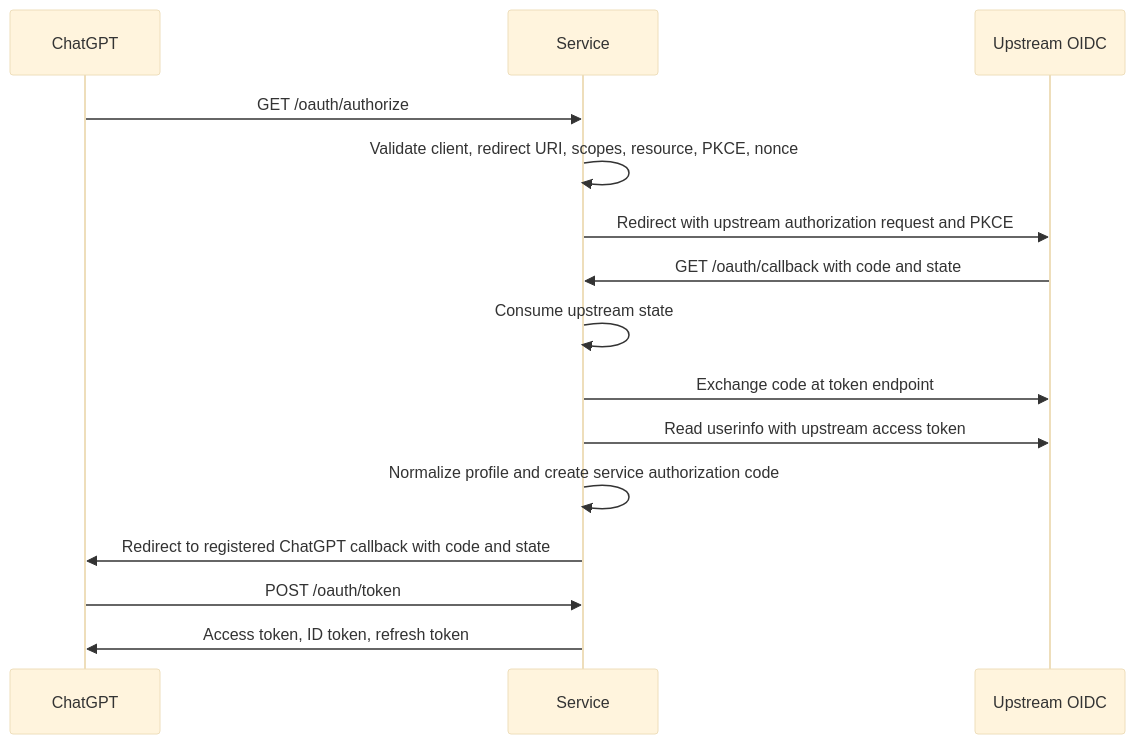
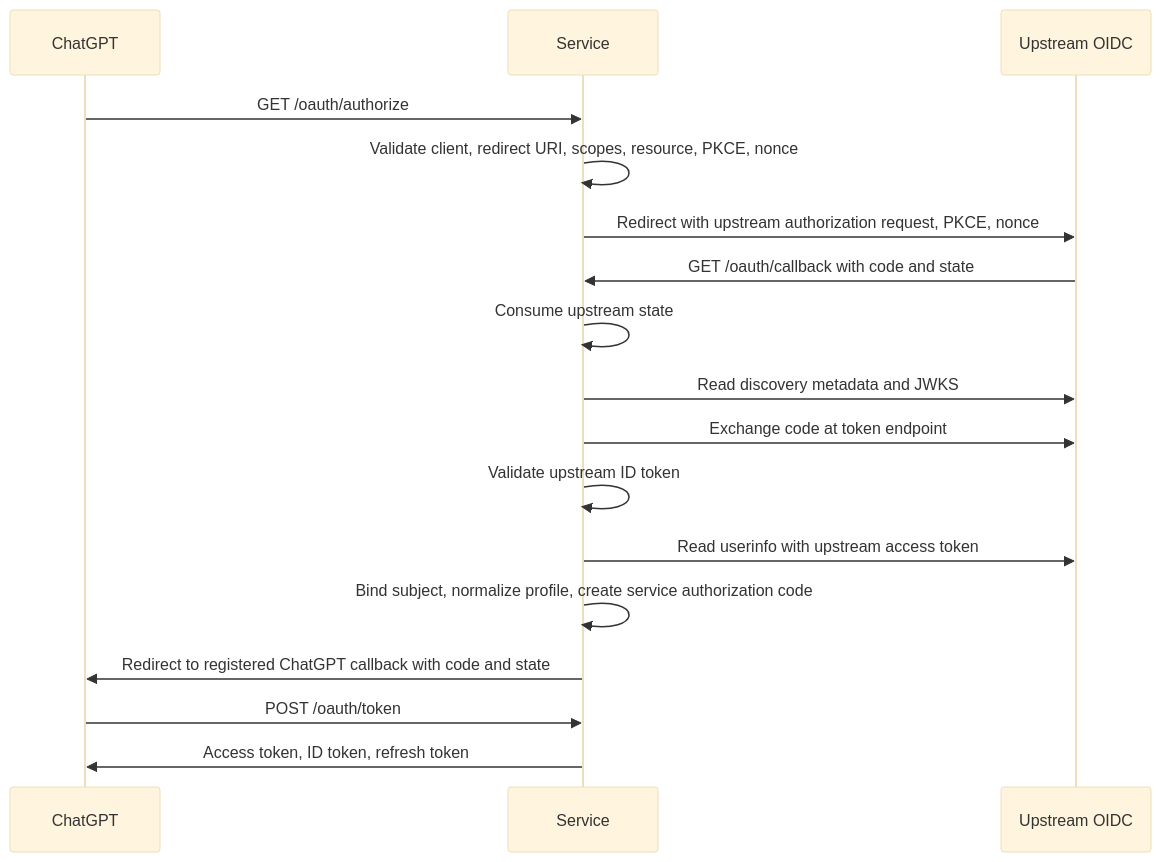
Before and after one commit to jmillpps/encore-mcp-base: the diagram in docs/architecture/oauth-provider.md, drawn with Mermaid (base theme). The commit also changed other lines of this file and 33 other files, not shown here.

Commit message:
Validate upstream OIDC tokens

````diff
--- a/docs/architecture/oauth-provider.md
+++ b/docs/architecture/oauth-provider.md
@@ -86,17 +86,19 @@
 ```mermaid
 sequenceDiagram
   participant ChatGPT
   participant Service
   participant IdP as Upstream OIDC
   ChatGPT->>Service: GET /oauth/authorize
   Service->>Service: Validate client, redirect URI, scopes, resource, PKCE, nonce
-  Service->>IdP: Redirect with upstream authorization request and PKCE
+  Service->>IdP: Redirect with upstream authorization request, PKCE, nonce
   IdP->>Service: GET /oauth/callback with code and state
   Service->>Service: Consume upstream state
+  Service->>IdP: Read discovery metadata and JWKS
   Service->>IdP: Exchange code at token endpoint
+  Service->>Service: Validate upstream ID token
   Service->>IdP: Read userinfo with upstream access token
-  Service->>Service: Normalize profile and create service authorization code
+  Service->>Service: Bind subject, normalize profile, create service authorization code
   Service->>ChatGPT: Redirect to registered ChatGPT callback with code and state
   ChatGPT->>Service: POST /oauth/token
   Service->>ChatGPT: Access token, ID token, refresh token
 ```
````
